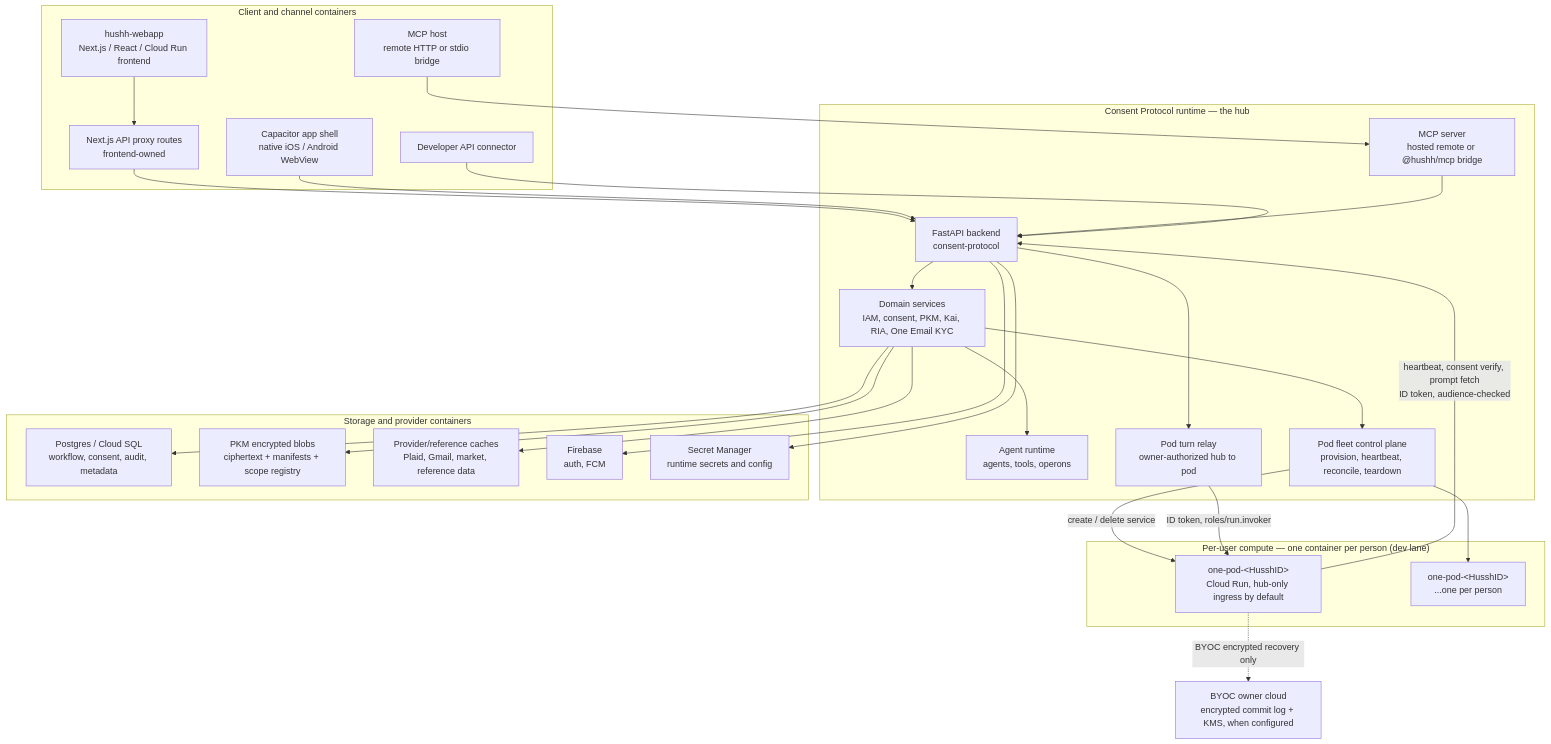
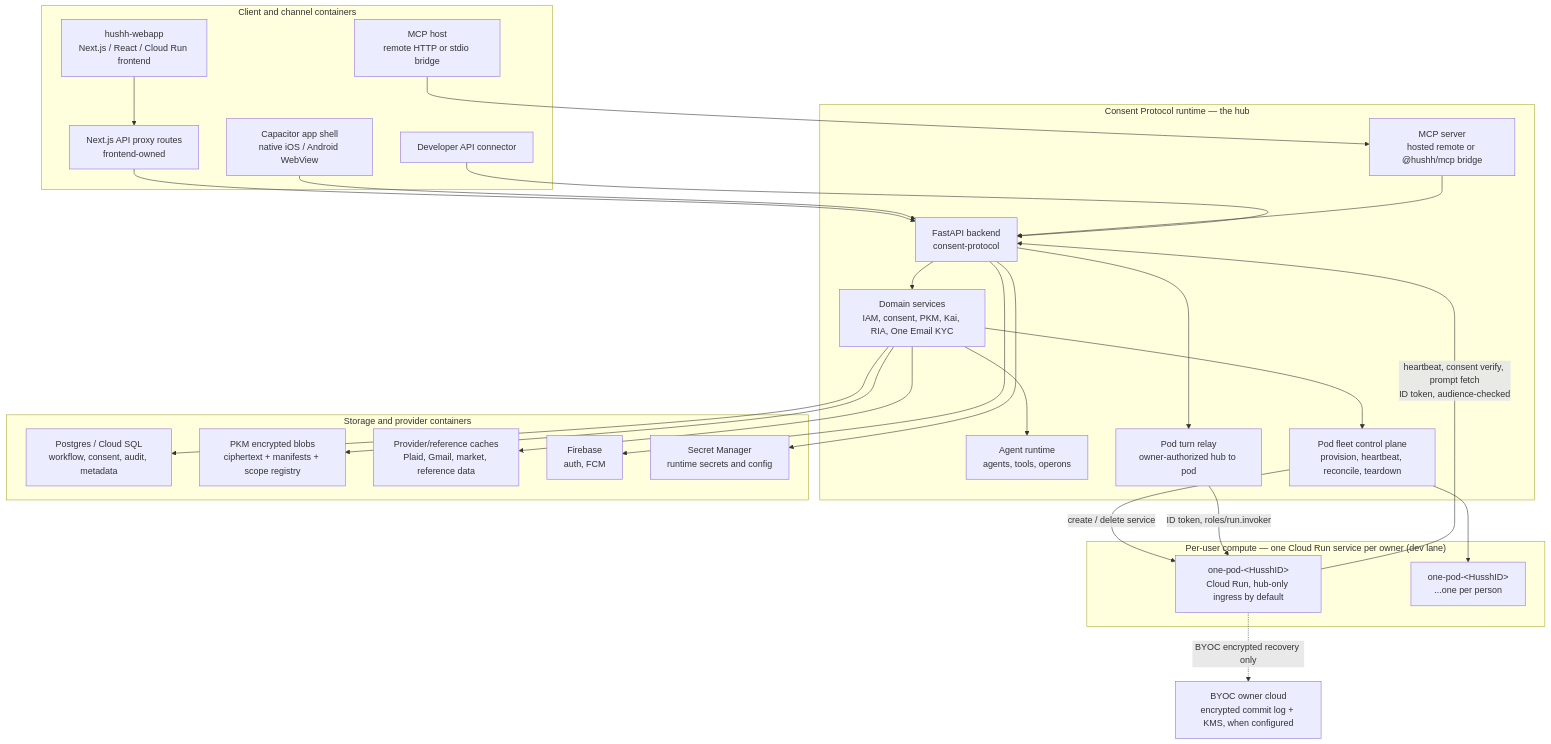
One commit to hushh-labs/hushh-research changed the first of 2 diagrams in docs/reference/architecture/views/runtime.md. Above: the diagram before and after it, drawn with Mermaid. The commit also changed 3 other files, not shown here.

Commit message:
Clarify hub and direct pod paths in architecture views

````diff
--- a/docs/reference/architecture/views/runtime.md
+++ b/docs/reference/architecture/views/runtime.md
@@ -20,57 +20,57 @@
 ```mermaid
 flowchart TB
   accTitle: Hussh runtime containers
   accDescr: Frontend, hub, per-owner pods, and storage boundaries.
   subgraph clients["Client and channel containers"]
     web["hushh-webapp<br/>Next.js / React / Cloud Run frontend"]
     mobile["Capacitor app shell<br/>native iOS / Android WebView"]
     mcpClient["MCP host<br/>remote HTTP or stdio bridge"]
     devClient["Developer API connector"]
     nextProxy["Next.js API proxy routes<br/>frontend-owned"]
   end
 
   subgraph backend["Consent Protocol runtime — the hub"]
     fastapi["FastAPI backend<br/>consent-protocol"]
     mcpServer["MCP server<br/>hosted remote or @hushh/mcp bridge"]
     domainServices["Domain services<br/>IAM, consent, PKM, Kai, RIA, One Email KYC"]
     agents["Agent runtime<br/>agents, tools, operons"]
     fleet["Pod fleet control plane<br/>provision, heartbeat, reconcile, teardown"]
     relay["Pod turn relay<br/>owner-authorized hub to pod"]
   end
 
-  subgraph pods["Per-user compute — one container per person (dev lane)"]
+  subgraph pods["Per-user compute — one Cloud Run service per owner (dev lane)"]
     podA["one-pod-&lt;HusshID&gt;<br/>Cloud Run, hub-only ingress by default"]
     podB["one-pod-&lt;HusshID&gt;<br/>...one per person"]
   end
 
   ownerStore["BYOC owner cloud<br/>encrypted commit log + KMS, when configured"]
 
   subgraph data["Storage and provider containers"]
     relational["Postgres / Cloud SQL<br/>workflow, consent, audit, metadata"]
     encrypted["PKM encrypted blobs<br/>ciphertext + manifests + scope registry"]
     cache["Provider/reference caches<br/>Plaid, Gmail, market, reference data"]
     firebase["Firebase<br/>auth, FCM"]
     secrets["Secret Manager<br/>runtime secrets and config"]
   end
 
   web --> nextProxy --> fastapi
   mobile --> fastapi
   mcpClient --> mcpServer --> fastapi
   devClient --> fastapi
 
   fastapi --> domainServices
   domainServices --> agents
   domainServices --> relational
   domainServices --> encrypted
   domainServices --> cache
   fastapi --> firebase
   fastapi --> secrets
 
   domainServices --> fleet
   fleet -->|"create / delete service"| podA
   fleet --> podB
   fastapi --> relay
   relay -->|"ID token, roles/run.invoker"| podA
   podA -->|"heartbeat, consent verify, prompt fetch<br/>ID token, audience-checked"| fastapi
   podA -.->|"BYOC encrypted recovery only"| ownerStore
 ```
````
